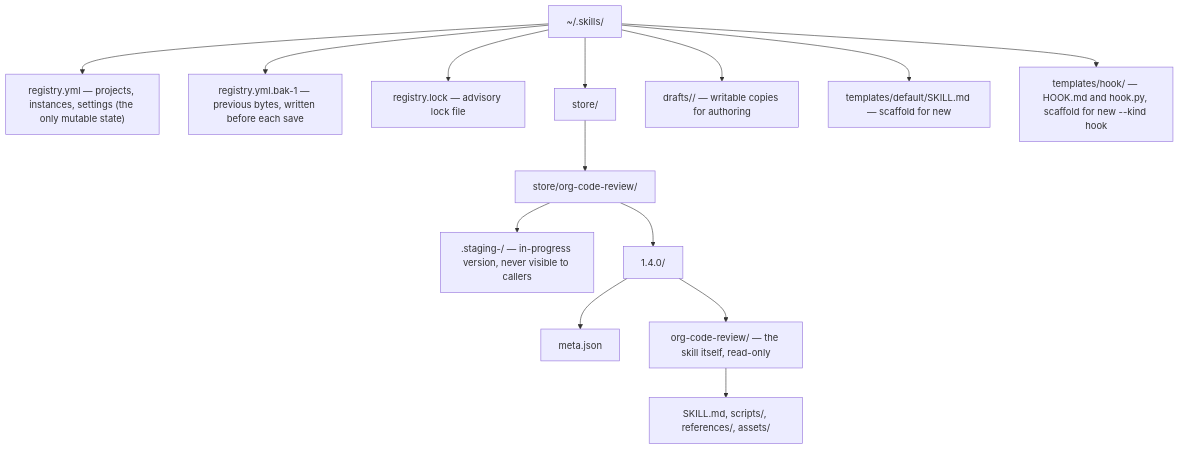
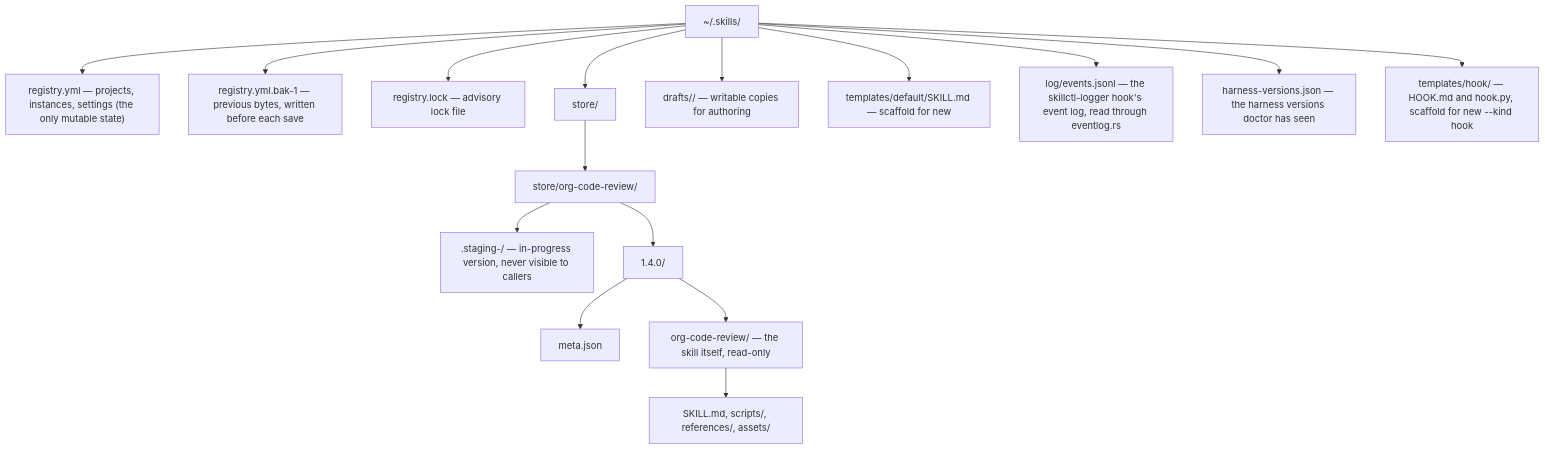
One commit to abindran/skillctl changed the first of 5 diagrams in wiki/Storage-and-Registry.md. Above: the diagram before and after it, drawn with Mermaid. The commit also changed other lines of this file and 17 other files, not shown here.

First line of the commit message:
Add log summary with alerts and harness version drift in doctor (W28, W29)

````diff
--- a/wiki/Storage-and-Registry.md
+++ b/wiki/Storage-and-Registry.md
@@ -7,16 +7,18 @@
 ```mermaid
 flowchart TD
     H["~/.skills/"] --> R["registry.yml — projects, instances, settings (the only mutable state)"]
     H --> B["registry.yml.bak-1 — previous bytes, written before each save"]
     H --> L["registry.lock — advisory lock file"]
     H --> S["store/"]
     H --> D["drafts/<skill>/ — writable copies for authoring"]
     H --> T["templates/default/SKILL.md — scaffold for new"]
+    H --> LG["log/events.jsonl — the skillctl-logger hook's event log, read through eventlog.rs"]
+    H --> HV["harness-versions.json — the harness versions doctor has seen"]
     H --> TH["templates/hook/ — HOOK.md and hook.py, scaffold for new --kind hook"]
     S --> N["store/org-code-review/"]
     N --> ST[".staging-<random>/ — in-progress version, never visible to callers"]
     N --> V["1.4.0/"]
     V --> M["meta.json"]
     V --> K["org-code-review/ — the skill itself, read-only"]
     K --> SM["SKILL.md, scripts/, references/, assets/"]
 ```
````
